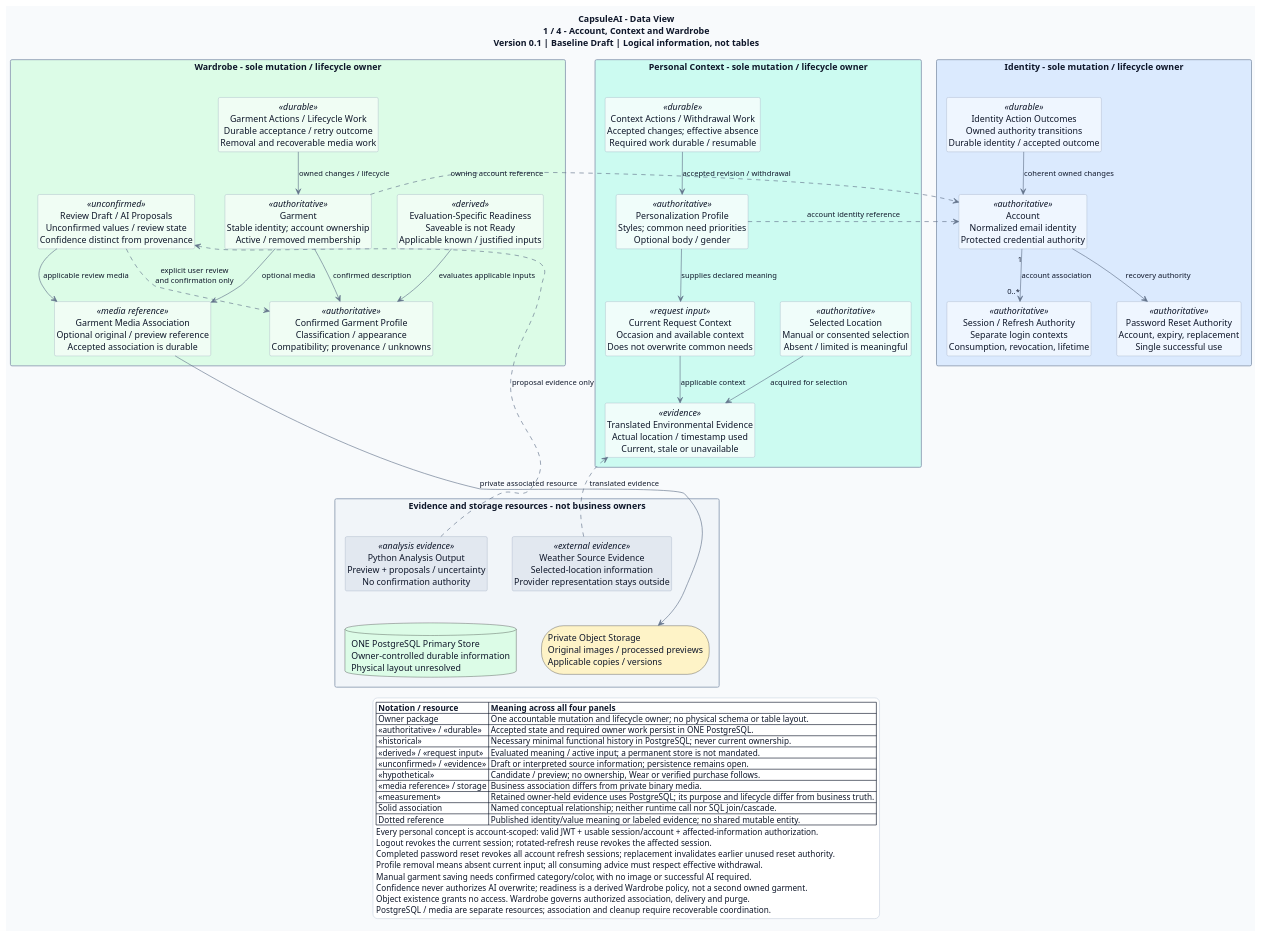
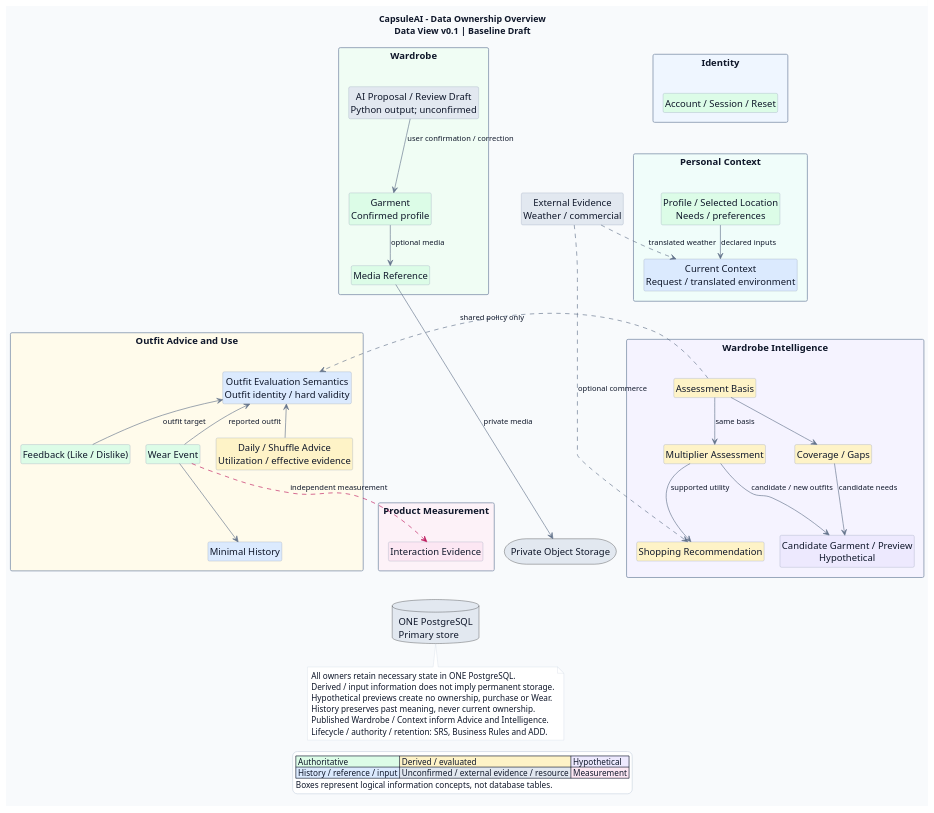
Before and after one commit to luubinhdeptrai/CapsuleAI: the diagram in docs/04-architecture/views/data-view.puml, drawn with PlantUML. The commit also changed other lines of this file, not shown here.

Commit message:
update data view

```diff
--- a/docs/04-architecture/views/data-view.puml
+++ b/docs/04-architecture/views/data-view.puml
@@ -1,78 +1,39 @@
 @startuml
 ' Artifact: CapsuleAI Data View
-' Version: 0.1; Status: Baseline Draft; Date: 2026-10-11.
-' Primary Sources: SRS v0.3; Business Rules v0.1.2; ADD v0.1.3;
-' Selected Architecture Decisions v0.1.4 (ADA-001-018 Selected).
-' Approved Logical, Implementation and Deployment Views: v0.1.
-' Their human acceptance is explicit in the current Data View task.
-' Source versions are authoring inputs; navigation-only patches preserve their meaning.
-' Process Authority: Initial files/CapsuleAI_Scrum_Development_Workflow.md,
-' Sections 4.3/24/25/39-43/46. Data View review precedes ADRs.
-' Scope: logical information concepts, ownership, authority, lifecycle, major relationships,
-' conceptual stores and permitted published references; four focused panels, ONE artifact.
-' Not Scope: physical SQL schema/DDL, ORM, detailed API/event design, transaction algorithms,
-' formal sequence/state diagrams, storage-provider configuration or new architecture choices.
-' Repository inspection: all 69 existing documents/diagrams/reference files read, including
-' the DOCX; no source/build/configuration implementation exists in the current checkout.
-' BRD v0.3 / PRD v0.2, master UC, all 23 UC specs / 12 activities, QA/ASR/ADA,
-' accepted views, Scrum and historical/reference material supply context under current authority.
+' Version: 0.1; Status: Baseline Draft; Presentation refactor: 2026-10-11.
+' Purpose: Simple logical data ownership overview; concepts are NOT physical tables.
+' Primary Sources: SRS v0.3; Business Rules v0.1.2; ADD v0.1.4;
+' Selected Architecture Decisions v0.1.5 (ADA-001-018 unchanged);
+' accepted Logical, Implementation and Deployment Views v0.1.
+' Process: Initial files/CapsuleAI_Scrum_Development_Workflow.md, Sections 4.3/24/40/42/46.
+' Scope: ownership, major information relationships and conceptual stores; no schema/API design.
 '
-' Per-concept requirements and owning view reviewed before allocation:
-' Identity: Account / Session / Reset / accepted actions -> SRS 3.1.1, DATA-AUTH-001/002/005;
-' BRULE-AUTH-001-006; UC-001-004 / AD-004; ADA-003/008/009/016.
-' Personal Context: declared profile / location / request context / translated environment /
-' accepted actions and required withdrawal work -> SRS 3.2/3.3, DATA-AUTH-003/004;
-' BRULE-PROF-001-003; UC-005/006 / AD-006; accepted Context owner and persistence boundary.
-' Wardrobe: garment / confirmed profile / review draft / readiness / media / actions-work ->
-' SRS 3.4-3.6, DATA-GAR-001-005, DATA-INT-001/002/004, DATA-HIST-001/002, DATA-RET-002;
-' BRULE-GAR-001-009; UC-007-010 / AD-007; ADA-004/005/007/009/012/016.
-' Outfit Advice and Use: representation / published evaluation policy / Daily-Shuffle advice /
-' feedback / Wear / minimal history / derived use-evidence / actions-work ->
-' SRS 3.7-3.13, DATA-OUT-001-003, DATA-WEAR-001-004, DATA-HIST-001/002, DATA-RET-001/002;
-' BRULE-OUT-001-010, PERS-001-006, WEAR-001-006, HIST-001-003;
-' UC-011-018 / AD-011/012/014/016/017; ADA-009/010/016-018.
-' Wardrobe Intelligence: basis / Coverage / Gap / Candidate / Multiplier / hypothetical
-' previews / shopping advice / qualified commerce -> SRS 3.14-3.17, DATA-ANL-001-004;
-' BRULE-COV-001-006, GAP-001/002, MULT-001-009, SHOP-001-003;
-' UC-019-023 / AD-019/020/021/022; ADA-010/016-018.
-' Product Measurement: distinct minimal facts / retention work / optional unlinked aggregates ->
-' FR-MET-001-007, DATA-RET-003, SRS 12.1; BRULE-HIST-003; ADA-012/014/016/017.
-' Cross-cutting: ASR-SEC-001/002, REL-001/002, CON-001, INT-001, TEST-001;
-' QA-SEC-01-03, REL-01-03, CON-01, SCA-01, INT-01, SUP-01; ADD 8.4/9.1-9.9/10/12.
-'
-' One accountable owner per concept. Grouping is logical, never a physical PostgreSQL schema.
-' Authoritative accepted state, necessary functional history, durable logical-action outcomes,
-' accepted media associations and required resumable lifecycle work use ONE PostgreSQL.
-' Durable work belongs to the responsible mutation/lifecycle owner, not optional measurement.
-' No universal LogicalAction / LifecycleWork entity or shared write repository is selected.
-' Derived ownership defines meaning, not a mandate to persist results, versions or projections.
-' Draft/proposal, acquired evidence, candidate/guidance and computed-result persistence is open.
-' Wardrobe/Context input boxes in panels 2 and 3 reference panel 1 owners, not copied stores.
-' Panel 3's evaluation-policy reference belongs to Outfit Advice and Use in panel 2.
-' Historical snapshots belong to Outfit Advice and Use and retain only necessary past meaning.
-' Garment removal does not call that owner back or require a Wardrobe->Outfit dependency.
-' Current owner queries exclude removed inputs; necessary history remains independently intelligible.
-' New Wear acceptance coordinates current Wardrobe ownership/readiness and published validity
-' through public operations; correction/removal targets an existing historical event.
-' A historical outfit correction cannot restore current ownership. No physical cascade is chosen.
-' Session/reset, logical actions, mutation outcomes and necessary effects remain coherent;
-' exact local ACID participants, isolation/locking and concurrency/basis validation remain open.
-' Cross-owner identity/value references select neither FK nor joins nor private persistence access.
-' Any justified access exception needs invariant/lifecycle/coupling evidence and design/ADR review.
-' External analysis/weather/commerce is translated evidence, never independent business authority.
-' No MVP personal-data training, ownership/Wear from candidates, or native commerce is introduced.
-'
-' Open detailed decisions: exact physical relationships/types/constraints, history content,
-' action-key representation/retention, secret representation, version/basis encoding, draft and
-' external-evidence persistence, result persistence only if justified, work scheduling/retry,
-' media association/copy/version purge, safe evidence aggregation and transaction participation.
-' No new blocking contradiction or unselected consequential architecture choice is resolved here.
-' Known source issues: incomplete FR-MET-004 benchmark reference and absent focused UC diagrams;
-' use explicit SRS 3.4.1/8.1.1/12.3 plus master UC/specifications/available activities.
-' Notation checked via Context7 against https://plantuml.com/class-diagram
-' and https://plantuml.com/command-line on 2026-10-11.
+' Grouped labels summarize related concepts, not merged entities or policies:
+' Identity retains distinct account/session/reset authority (ADD 9.1; SRS 3.1.1).
+' Profile includes declared needs/preferences and selected location; request/environment inputs
+' remain distinct (SRS 3.2/3.3; Logical View's Personal Context and UC-006 authority).
+' Garment includes its confirmed profile; readiness remains derived Wardrobe policy, not ownership
+' or a second garment (DATA-GAR-001-005; BRULE-GAR-001-003; ADD 9.5).
+' Advice and utilization/effective evidence are separate derived meanings under the same owner
+' (SRS 3.7-3.13; ADD 9.2/9.7); Feedback never implies Wear.
+' Outfit/Evaluation groups representation and owner-controlled published policy; Intelligence's
+' reference consumes ONLY the policy, never a private Outfit entity or Daily's displayed subset.
+' Assessment Basis governs complete same-basis Coverage/Multiplier meaning and hypothetical
+' previews; five result states and incremental unique-set utility remain in ADD 9.7 / DATA-ANL-004.
+' Coverage/Gaps remain distinct contextual assessments/capability needs; Candidate/Preview remain
+' distinct hypothetical meanings (BRULE-COV/GAP/MULT); Shopping retains optional qualified commerce.
+' Weather/commercial evidence denotes separate sources, not one provider; each owner translates it.
+' Accepted media associations, minimal history, logical-action outcomes and required resumable
+' work remain owner-held in ONE PostgreSQL (ADD 8.4/9.2/9.3/9.9; accepted views).
+' Measurement retains its own work and optional unlinked aggregates (FR-MET-001-007/DATA-RET-003);
+' its representative fact arrow does not transfer business authority or erase other measured facts.
+' Detailed lifecycle, authorization, correction/retry/time and source-freshness rules stay in
+' SRS / Business Rules / ADD; this refactor removes no rule from those authoritative homes.
+' Draft/evidence/result persistence, physical references/transactions and cleanup realization remain
+' unresolved detailed design (ADD 9.2-9.9); no shared action/work entity or new decision is selected.
+' Next: Data View review -> ADRs.
 
-title CapsuleAI - Data View\n1 / 4 - Account, Context and Wardrobe\nVersion 0.1 | Baseline Draft | Logical information, not tables
+title CapsuleAI - Data Ownership Overview\nData View v0.1 | Baseline Draft
 allowmixing
 top to bottom direction
 hide empty members
@@ -80,96 +41,102 @@
 skinparam backgroundColor #F8FAFC
 skinparam shadowing false
 skinparam packageStyle rectangle
-skinparam defaultFontSize 14
+skinparam defaultFontSize 15
 skinparam ArrowFontSize 12
 skinparam defaultFontColor #0F172A
 skinparam ArrowColor #64748B
-skinparam nodesep 40
-skinparam ranksep 50
+skinparam nodesep 25
+skinparam ranksep 35
 skinparam classBorderColor #94A3B8
 skinparam packageBorderColor #94A3B8
+skinparam noteBackgroundColor #FFFFFF
+skinparam noteBorderColor #CBD5E1
+skinparam noteFontSize 13
 skinparam legendBackgroundColor #FFFFFF
 skinparam legendBorderColor #CBD5E1
 skinparam legendFontSize 13
 
-package "Identity - sole mutation / lifecycle owner" as Identity #DBEAFE {
-    class "Account\nNormalized email identity\nProtected credential authority" as Account <<authoritative>> #EFF6FF
-    class "Session / Refresh Authority\nSeparate login contexts\nConsumption, revocation, lifetime" as Session <<authoritative>> #EFF6FF
-    class "Password Reset Authority\nAccount, expiry, replacement\nSingle successful use" as Reset <<authoritative>> #EFF6FF
-    class "Identity Action Outcomes\nOwned authority transitions\nDurable identity / accepted outcome" as IdentityAction <<durable>> #EFF6FF
-    Account "1" --> "0..*" Session : account association
-    Account --> Reset : recovery authority
-    IdentityAction --> Account : coherent owned changes
+package "Identity" as Identity #EFF6FF {
+    class "Account / Session / Reset" as Access #DCFCE7
 }
 
-package "Personal Context - sole mutation / lifecycle owner" as Context #CCFBF1 {
-    class "Personalization Profile\nStyles; common need priorities\nOptional body / gender" as Profile <<authoritative>> #F0FDFA
-    class "Selected Location\nManual or consented selection\nAbsent / limited is meaningful" as Location <<authoritative>> #F0FDFA
-    class "Current Request Context\nOccasion and available context\nDoes not overwrite common needs" as RequestContext <<request input>> #F0FDFA
-    class "Translated Environmental Evidence\nActual location / timestamp used\nCurrent, stale or unavailable" as Environment <<evidence>> #F0FDFA
-    class "Context Actions / Withdrawal Work\nAccepted changes; effective absence\nRequired work durable / resumable" as ContextWork <<durable>> #F0FDFA
-    Profile --> RequestContext : supplies declared meaning
-    Location --> Environment : acquired for selection
-    RequestContext --> Environment : applicable context
-    ContextWork --> Profile : accepted revision / withdrawal
+package "Personal Context" as Context #F0FDFA {
+    class "Profile / Selected Location\nNeeds / preferences" as Profile #DCFCE7
+    class "Current Context\nRequest / translated environment" as CurrentContext #DBEAFE
+    Profile --> CurrentContext : declared inputs
 }
 
-package "Wardrobe - sole mutation / lifecycle owner" as Wardrobe #DCFCE7 {
-    class "Garment\nStable identity; account ownership\nActive / removed membership" as Garment <<authoritative>> #F0FDF4
-    class "Confirmed Garment Profile\nClassification / appearance\nCompatibility; provenance / unknowns" as GarmentProfile <<authoritative>> #F0FDF4
-    class "Review Draft / AI Proposals\nUnconfirmed values / review state\nConfidence distinct from provenance" as Draft <<unconfirmed>> #F0FDF4
-    class "Evaluation-Specific Readiness\nSaveable is not Ready\nApplicable known / justified inputs" as Readiness <<derived>> #F0FDF4
-    class "Garment Media Association\nOptional original / preview reference\nAccepted association is durable" as MediaReference <<media reference>> #F0FDF4
-    class "Garment Actions / Lifecycle Work\nDurable acceptance / retry outcome\nRemoval and recoverable media work" as GarmentWork <<durable>> #F0FDF4
-    Garment --> GarmentProfile : confirmed description
-    Draft ..> GarmentProfile : explicit user review\nand confirmation only
-    Readiness --> GarmentProfile : evaluates applicable inputs
+package "Wardrobe" as Wardrobe #F0FDF4 {
+    class "Garment\nConfirmed profile" as Garment #DCFCE7
+    class "AI Proposal / Review Draft\nPython output; unconfirmed" as Draft #E2E8F0
+    class "Media Reference" as MediaReference #DCFCE7
+    Draft --> Garment : user confirmation / correction
     Garment --> MediaReference : optional media
-    Draft --> MediaReference : applicable review media
-    GarmentWork --> Garment : owned changes / lifecycle
 }
 
-package "Evidence and storage resources - not business owners" as Resources #F1F5F9 {
-    class "Python Analysis Output\nPreview + proposals / uncertainty\nNo confirmation authority" as AIOutput <<analysis evidence>> #E2E8F0
-    class "Weather Source Evidence\nSelected-location information\nProvider representation stays outside" as WeatherEvidence <<external evidence>> #E2E8F0
-    database "ONE PostgreSQL Primary Store\nOwner-controlled durable information\nPhysical layout unresolved" as DB #DCFCE7
-    storage "Private Object Storage\nOriginal images / processed previews\nApplicable copies / versions" as Media #FEF3C7
+package "Outfit Advice and Use" as Outfits #FFFBEB {
+    class "Outfit Evaluation Semantics\nOutfit identity / hard validity" as Evaluation #DBEAFE
+    class "Daily / Shuffle Advice\nUtilization / effective evidence" as Advice #FEF3C7
+    class "Feedback (Like / Dislike)" as Feedback #DCFCE7
+    class "Wear Event" as Wear #DCFCE7
+    class "Minimal History" as History #DBEAFE
+    Advice -up-> Evaluation
+    Feedback -up-> Evaluation : outfit target
+    Wear -up-> Evaluation : reported outfit
+    Wear -down-> History
+    Feedback -[hidden]right-> Wear
 }
 
-' Cross-owner associations are identity references, not foreign keys or unrestricted reads.
-Profile -[norank,dashed]-> Account : account identity reference
-Garment -[norank,dashed]-> Account : owning account reference
-AIOutput -[norank,dashed]-> Draft : proposal evidence only
-WeatherEvidence -[norank,dashed]-> Environment : translated evidence
-MediaReference -[norank]-> Media : private associated resource
-' Hidden links only arrange groups/resources; they do not add a data relationship.
-Account -[hidden]right-> Profile
-Profile -[hidden]right-> Garment
-GarmentProfile -[hidden]down-> AIOutput
-Environment -[hidden]down-> WeatherEvidence
-AIOutput -[hidden]right-> WeatherEvidence
-WeatherEvidence -[hidden]down-> DB
-DB -[hidden]right-> Media
+package "Wardrobe Intelligence" as Intelligence #F5F3FF {
+    class "Assessment Basis" as Basis #FEF3C7
+    class "Coverage / Gaps" as Coverage #FEF3C7
+    class "Candidate Garment / Preview\nHypothetical" as Hypothetical #EDE9FE
+    class "Multiplier Assessment" as Multiplier #FEF3C7
+    class "Shopping Recommendation" as Shopping #FEF3C7
+    Basis -down-> Coverage
+    Basis -down-> Multiplier : same basis
+    Coverage -down-> Hypothetical : candidate needs
+    Multiplier -down-> Hypothetical : candidate / new outfits
+    Multiplier -down-> Shopping : supported utility
+}
+
+package "Product Measurement" as Measurement #FDF2F8 {
+    class "Interaction Evidence" as Evidence #FCE7F3
+}
+
+class "External Evidence\nWeather / commercial" as ExternalEvidence #E2E8F0
+database "ONE PostgreSQL\nPrimary store" as DB #E2E8F0
+storage "Private Object Storage" as Media #E2E8F0
+
+' Arrows show conceptual meaning, not runtime calls, SQL joins or execution order.
+' Cross-owner arrows reference published identities/values/policy, not private entities or writes.
+Basis -[dashed]right-> Evaluation : shared policy only
+ExternalEvidence -[dashed]-> CurrentContext : translated weather
+ExternalEvidence -[dashed]-> Shopping : optional commerce
+Wear ..[#BE185D]> Evidence : independent measurement
+MediaReference --> Media : private media
+
+' Layout aids only; they introduce no information or ownership relationship.
+Access -[hidden]down-> Profile
+CurrentContext -[hidden]down-> Basis
+MediaReference -[hidden]down-> Evaluation
+History -[hidden]down-> DB
+Evidence -[hidden]down-> DB
+Media -[hidden]down-> DB
+
+note as Boundaries
+  All owners retain necessary state in ONE PostgreSQL.
+  Derived / input information does not imply permanent storage.
+  Hypothetical previews create no ownership, purchase or Wear.
+  History preserves past meaning, never current ownership.
+  Published Wardrobe / Context inform Advice and Intelligence.
+  Lifecycle / authority / retention: SRS, Business Rules and ADD.
+end note
+DB -[hidden]down-> Boundaries
 
 legend bottom
-  |= Notation / resource |= Meaning across all four panels |
-  | Owner package | One accountable mutation and lifecycle owner; no physical schema or table layout. |
-  | <<authoritative>> / <<durable>> | Accepted state and required owner work persist in ONE PostgreSQL. |
-  | <<historical>> | Necessary minimal functional history in PostgreSQL; never current ownership. |
-  | <<derived>> / <<request input>> | Evaluated meaning / active input; a permanent store is not mandated. |
-  | <<unconfirmed>> / <<evidence>> | Draft or interpreted source information; persistence remains open. |
-  | <<hypothetical>> | Candidate / preview; no ownership, Wear or verified purchase follows. |
-  | <<media reference>> / storage | Business association differs from private binary media. |
-  | <<measurement>> | Retained owner-held evidence uses PostgreSQL; its purpose and lifecycle differ from business truth. |
-  | Solid association | Named conceptual relationship; neither runtime call nor SQL join/cascade. |
-  | Dotted reference | Published identity/value meaning or labeled evidence; no shared mutable entity. |
-  Every personal concept is account-scoped: valid JWT + usable session/account + affected-information authorization.
-  Logout revokes the current session; rotated-refresh reuse revokes the affected session.
-  Completed password reset revokes all account refresh sessions; replacement invalidates earlier unused reset authority.
-  Profile removal means absent current input; all consuming advice must respect effective withdrawal.
-  Manual garment saving needs confirmed category/color, with no image or successful AI required.
-  Confidence never authorizes AI overwrite; readiness is a derived Wardrobe policy, not a second owned garment.
-  Object existence grants no access. Wardrobe governs authorized association, delivery and purge.
-  PostgreSQL / media are separate resources; association and cleanup require recoverable coordination.
+  |<#DCFCE7> Authoritative |<#FEF3C7> Derived / evaluated |<#EDE9FE> Hypothetical |
+  |<#DBEAFE> History / reference / input |<#E2E8F0> Unconfirmed / external evidence / resource |<#FCE7F3> Measurement |
+  Boxes represent logical information concepts, not database tables.
 endlegend
 @enduml
```
